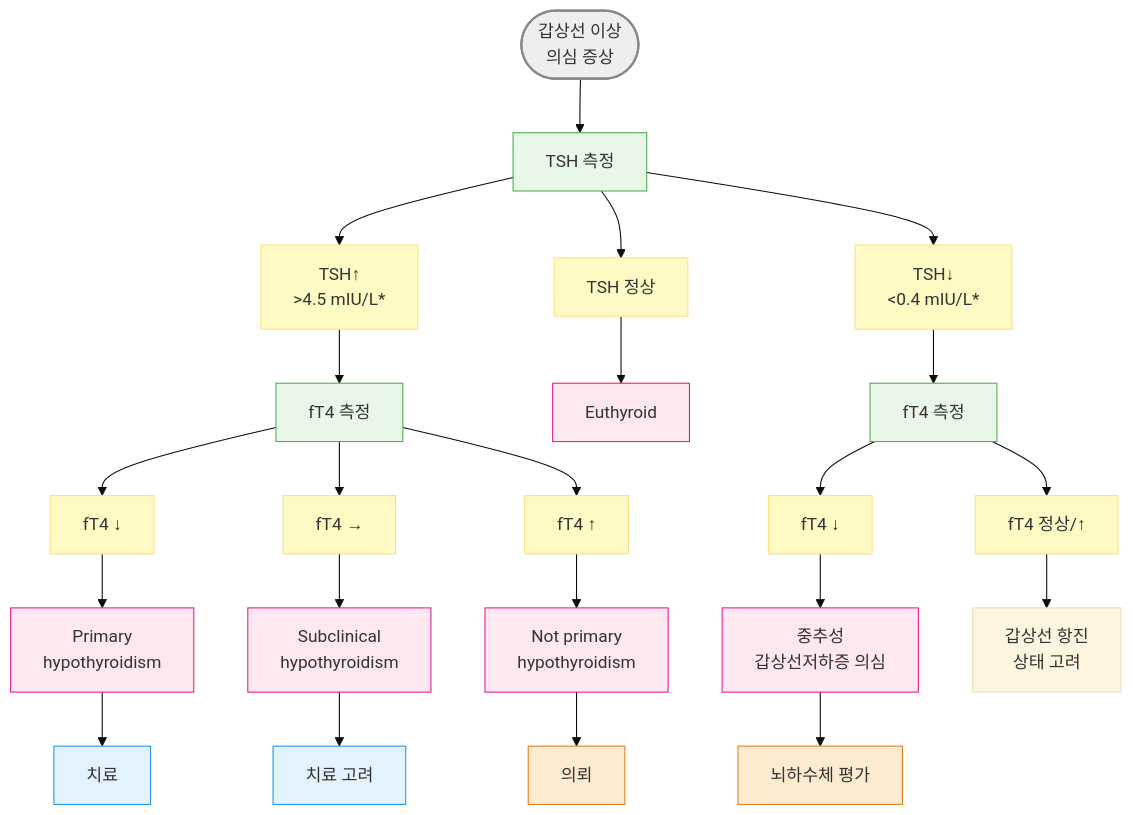
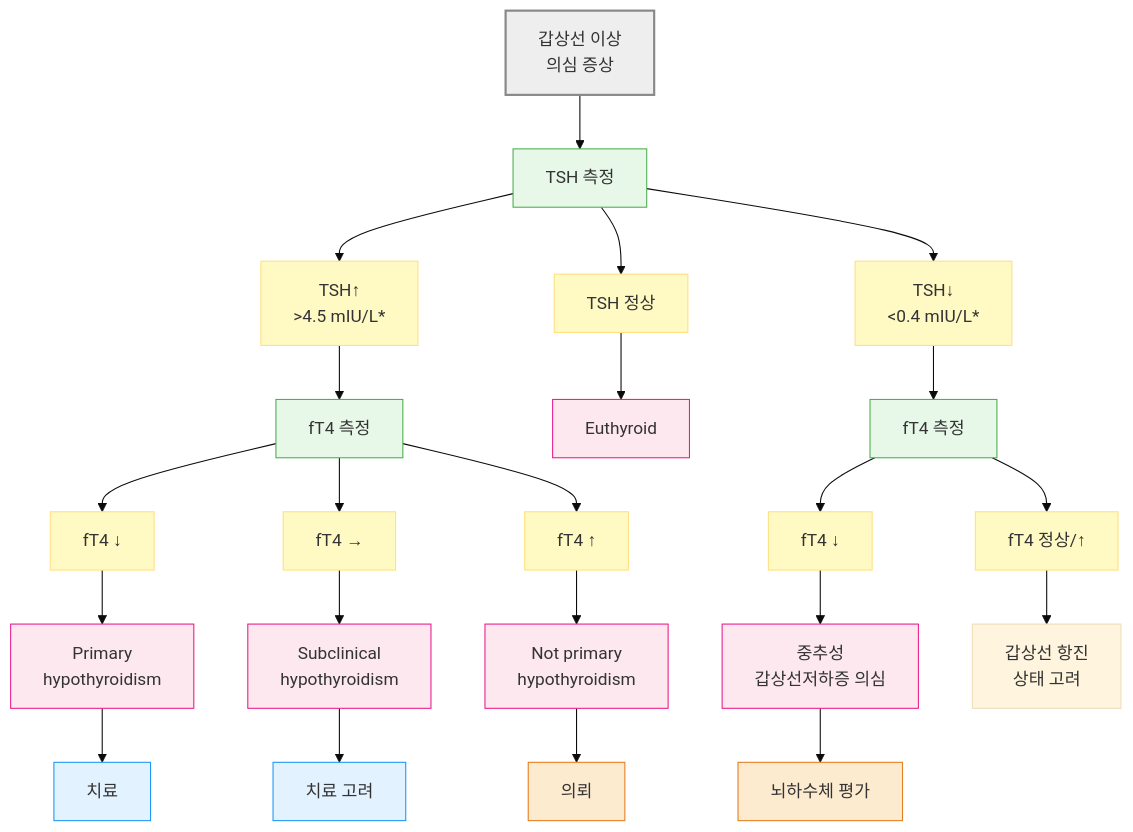
One commit to familyoh77/familyoh77 changed the first of 2 diagrams in 226_/105_-hypothyroidism.md. Above: the diagram before and after it, drawn with Mermaid (base theme). The commit also changed other lines of this file, not shown here.

````diff
--- a/226_/105_-hypothyroidism.md
+++ b/226_/105_-hypothyroidism.md
@@ -88,44 +88,44 @@
 ```mermaid
 flowchart TD
     %% Nodes
-    Start(["갑상선 이상<br>의심 증상"]) --> TSH["TSH 측정"]
+    Start["갑상선 이상<br>의심 증상"] --> TSH["TSH 측정"]
 
     %% TSH Branches
     TSH --> TSH_High["TSH↑<br>>4.5 mIU/L*"]
     TSH --> TSH_Normal["TSH 정상"]
     TSH --> TSH_Low["TSH↓<br><0.4 mIU/L*"]
 
     %% TSH High Path
     TSH_High --> FT4_Meas["fT4 측정"]
     FT4_Meas --> FT4_Low["fT4 ↓"]
     FT4_Meas --> FT4_Normal["fT4 →"]
     FT4_Meas --> FT4_High["fT4 ↑"]
 
     FT4_Low --> Primary_Hypo["Primary<br>hypothyroidism"] --> Tx["치료"]
     FT4_Normal --> Sub_Hypo["Subclinical<br>hypothyroidism"] --> Tx_Consider["치료 고려"]
     FT4_High --> Not_Primary["Not primary<br>hypothyroidism"] --> Referral["의뢰"]
 
     %% TSH Normal Path
     TSH_Normal --> Euthyroid["Euthyroid"]
 
     %% TSH Low Path
     TSH_Low --> FT4_Meas2["fT4 측정"]
     FT4_Meas2 --> FT4_Low2["fT4 ↓"]
     FT4_Meas2 --> FT4_NotLow["fT4 정상/↑"]
 
     FT4_Low2 --> Central_Hypo["중추성<br>갑상선저하증 의심"] --> Referral2["뇌하수체 평가"]
     FT4_NotLow --> Hyper_Consider["갑상선 항진<br>상태 고려"]
 
     %% Styling (Optional)
 style Start fill:#eeeeee,stroke:#888888,stroke-width:2px
 classDef lightGreen fill:#e8f8e8,stroke:#4caf50
 class TSH,FT4_Meas,FT4_Meas2 lightGreen
 classDef yellow fill:#fff9c4,stroke:#ffe082
 class TSH_High,TSH_Normal,TSH_Low,FT4_Low,FT4_Normal,FT4_High,FT4_Low2,FT4_NotLow yellow
 classDef pink fill:#fde8f0,stroke:#e91e8c
 class Primary_Hypo,Sub_Hypo,Not_Primary,Euthyroid,Central_Hypo pink
 classDef sky fill:#e3f2ff,stroke:#2196f3
 class Tx,Tx_Consider sky
 style Referral fill:#fdebd0,stroke:#e67e22
 style Referral2 fill:#fdebd0,stroke:#e67e22
 ```
````
